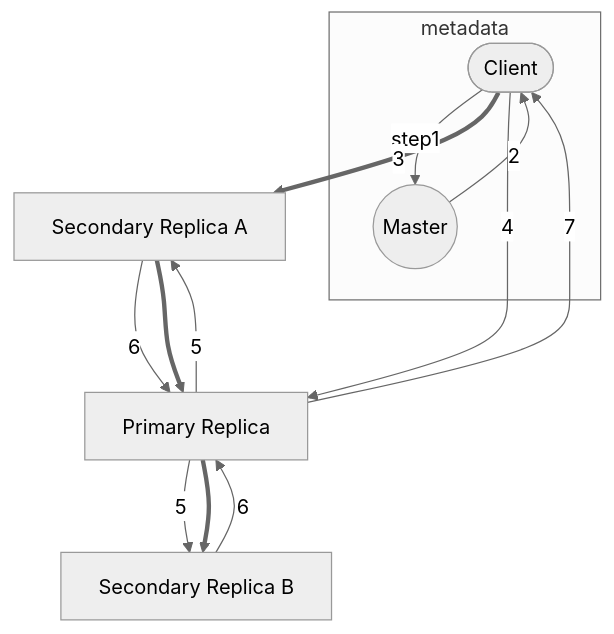
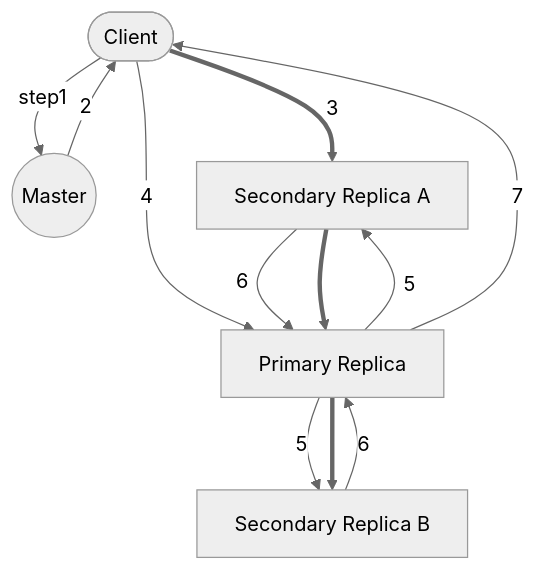
The first of 2 diagrams in _posts/system-design/mit-6-824/2022-07-07-gfs.md (cs0/cs0.github.io), drawn with Mermaid (neutral theme) before and after one commit. The commit also changed other lines of this file, not shown here.

````diff
--- a/_posts/system-design/mit-6-824/2022-07-07-gfs.md
+++ b/_posts/system-design/mit-6-824/2022-07-07-gfs.md
@@ -98,17 +98,14 @@
 ```mermaid
 graph TD;
-    subgraph metadata;
     A([Client])-->|step1| B((Master));
     B -->|2| A;
-    end;
-
     A ==>|3| C[Secondary Replica A];
     A -->|4| D;
     C -->|6| D[Primary Replica];
     C ==> D
     D -->|5| C;
     D -->|5| E[Secondary Replica B];
     D ==> E;
     E -->|6| D;
     D -->|7| A;
 ```
````
